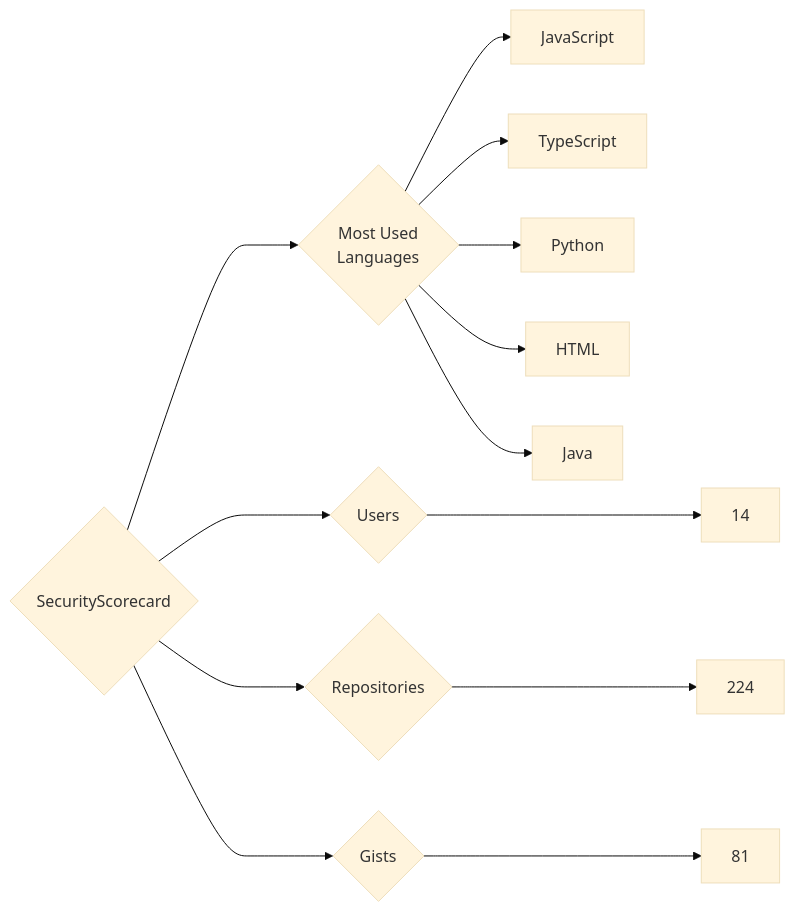
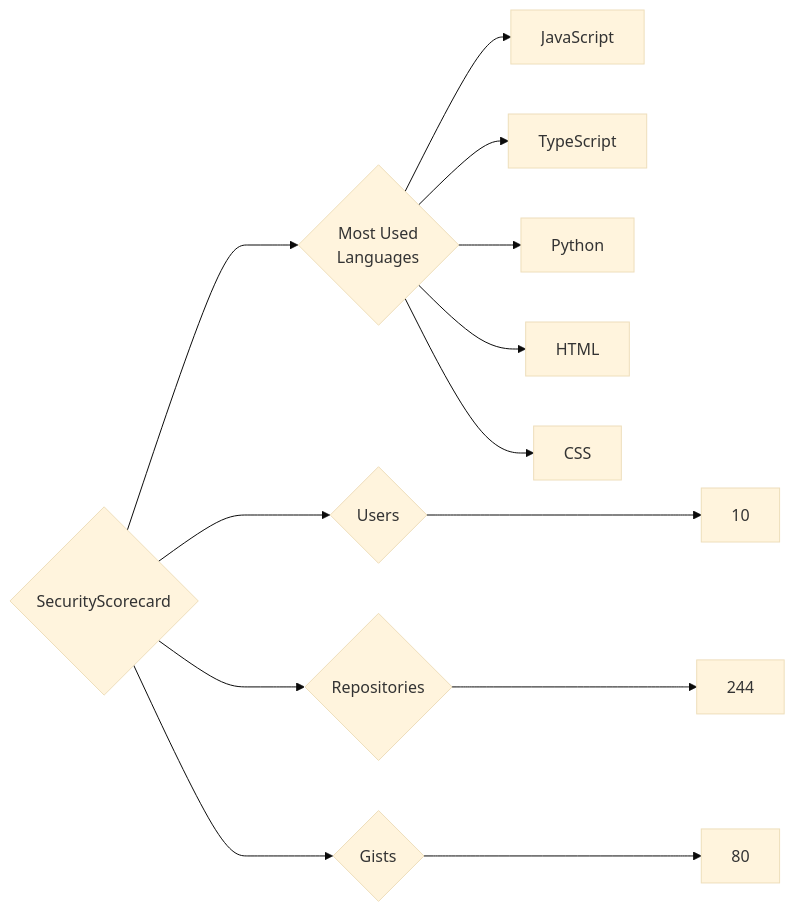
One commit to trickest/insiders changed the diagram in targets/SecurityScorecard/README.md. Above: the diagram before and after it, drawn with Mermaid (base theme). The commit also changed 995 other files, not shown here.

````diff
--- a/targets/SecurityScorecard/README.md
+++ b/targets/SecurityScorecard/README.md
@@ -3,13 +3,13 @@
 ```mermaid
 graph LR
 COMPANY_NAME{SecurityScorecard}
-COMPANY_NAME ---> U{Users} ---> UN[14]
-COMPANY_NAME ---> R{Repositories} ---> RN[224]
-COMPANY_NAME ---> G{Gists} ---> GN[81]
+COMPANY_NAME ---> U{Users} ---> UN[10]
+COMPANY_NAME ---> R{Repositories} ---> RN[244]
+COMPANY_NAME ---> G{Gists} ---> GN[80]
 COMPANY_NAME ---> ML{Most Used<br>Languages}
 ML --> JavaScript[JavaScript]
 ML --> TypeScript[TypeScript]
 ML --> Python[Python]
 ML --> HTML[HTML]
-ML --> Java[Java]
+ML --> CSS[CSS]
 ```
````
